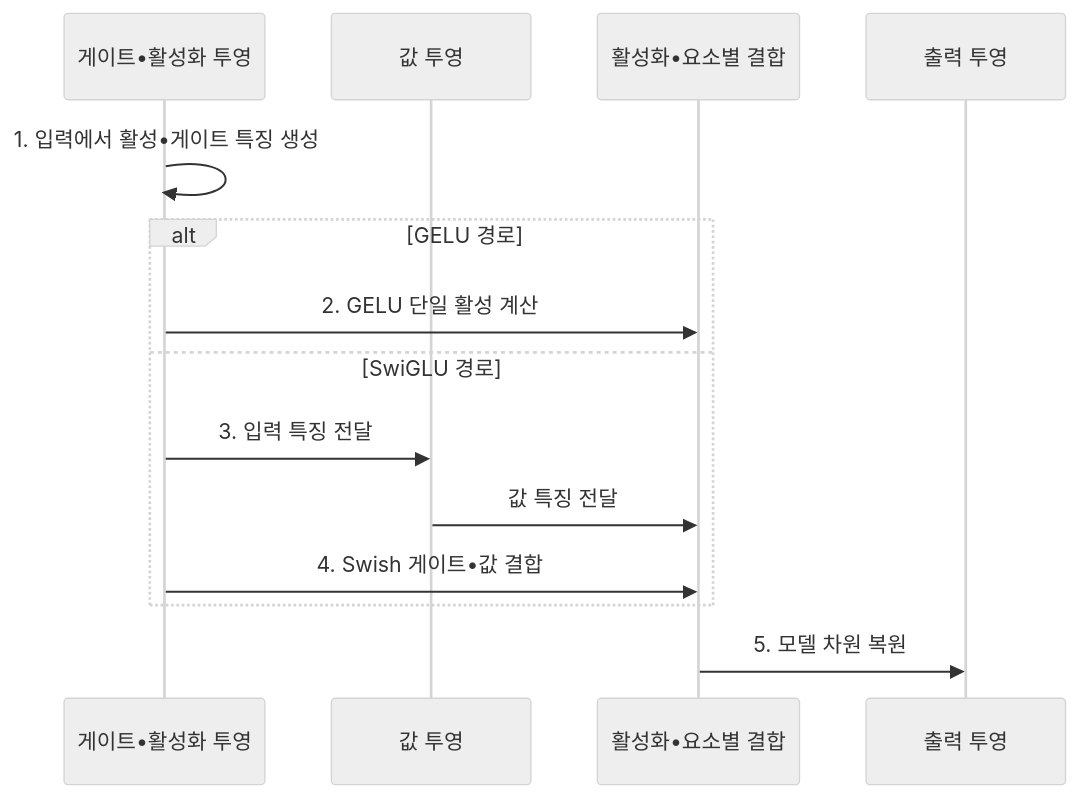
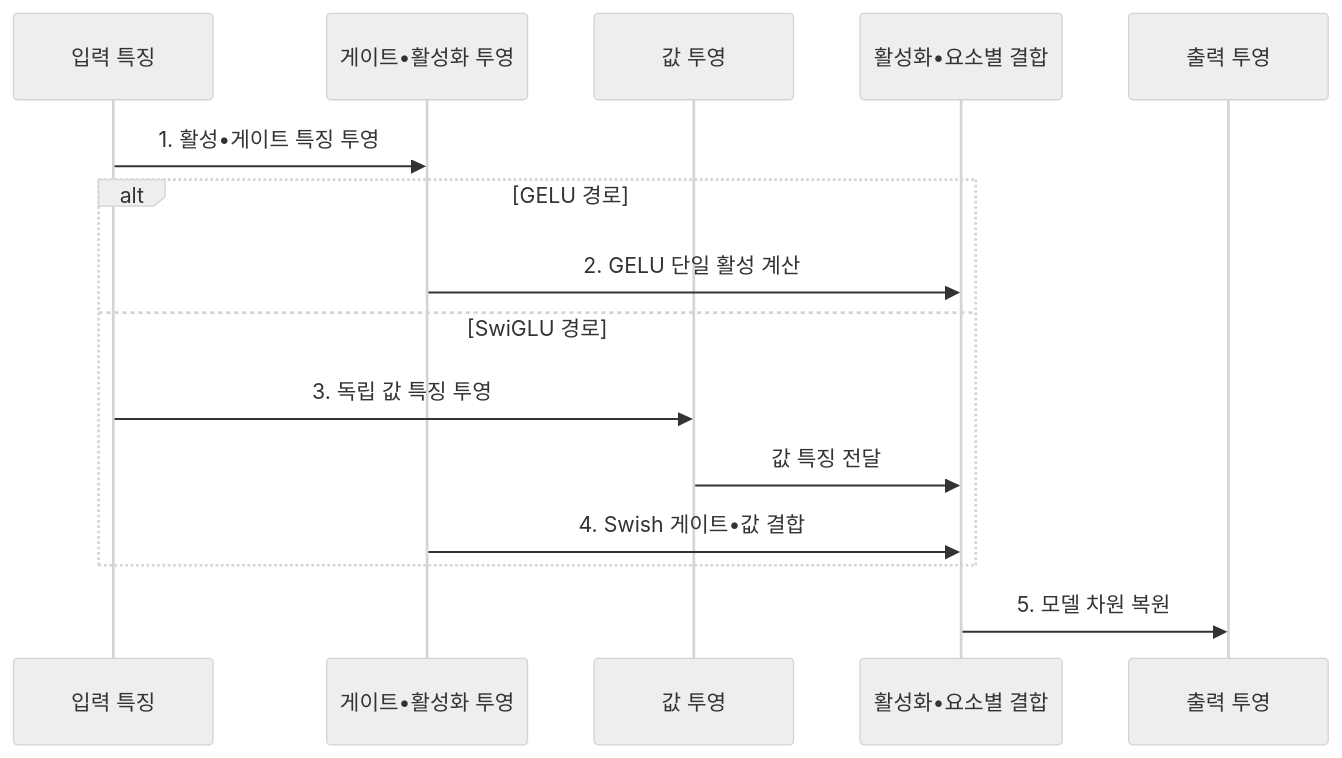
One commit to agnusdei1207/knowledge-base changed the second of 2 diagrams in src/content/docs/notes/08-latest-tech/226_swiglu_vs_gelu_activation.md. Above: the diagram before and after it, drawn with Mermaid (neutral theme). The commit also changed other lines of this file and 3 other files, not shown here.

````diff
--- a/src/content/docs/notes/08-latest-tech/226_swiglu_vs_gelu_activation.md
+++ b/src/content/docs/notes/08-latest-tech/226_swiglu_vs_gelu_activation.md
@@ -112,16 +112,17 @@
 ```mermaid
 sequenceDiagram
-    participant G as 게이트•활성화 투영
+  participant I as 입력 특징
+  participant G as 게이트•활성화 투영
   participant V as 값 투영
   participant C as 활성화•요소별 결합
   participant O as 출력 투영
-    G->>G: 1. 입력에서 활성•게이트 특징 생성
+  I->>G: 1. 활성•게이트 특징 투영
   alt GELU 경로
     G->>C: 2. GELU 단일 활성 계산
   else SwiGLU 경로
-    G->>V: 3. 입력 특징 전달
+    I->>V: 3. 독립 값 특징 투영
     V->>C: 값 특징 전달
     G->>C: 4. Swish 게이트•값 결합
   end
   C->>O: 5. 모델 차원 복원
 ```
````
